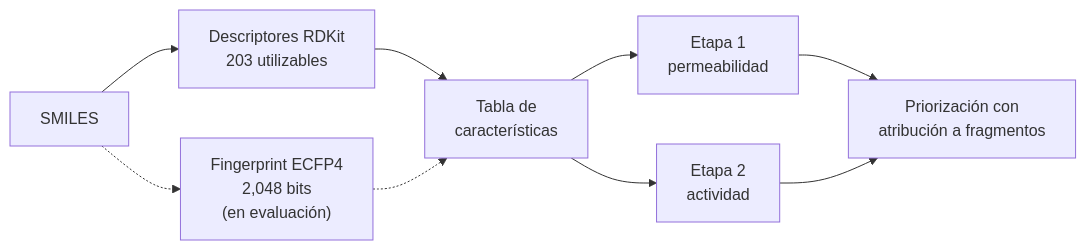
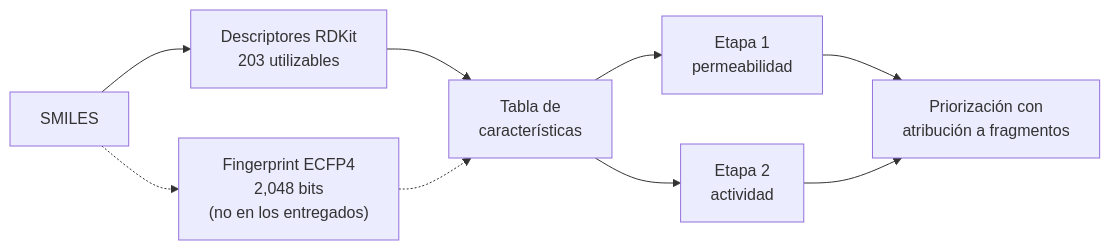
Before and after one commit to AntonioVazquezMartinez/Bioactive-AI: the diagram in presentacion.qmd, drawn with Mermaid. The commit also changed other lines of this file and 1 other file, not shown here.

````diff
--- a/presentacion.qmd
+++ b/presentacion.qmd
@@ -76,13 +76,13 @@
 ```{mermaid}
 %%| fig-width: 11
 %%{init: {"themeVariables": {"fontFamily": "Helvetica, Arial, sans-serif", "fontSize": "16px"}}}%%
 flowchart LR
     A["SMILES"] --> B["Descriptores RDKit<br/>203 utilizables"]
-    A -.-> C["Fingerprint ECFP4<br/>2,048 bits<br/>(en evaluación)"]
+    A -.-> C["Fingerprint ECFP4<br/>2,048 bits<br/>(no en los entregados)"]
     B --> D["Tabla de<br/>características"]
     C -.-> D
     D --> E["Etapa 1<br/>permeabilidad"]
     D --> F["Etapa 2<br/>actividad"]
     E --> G["Priorización con<br/>atribución a fragmentos"]
     F --> G
 ```
````
